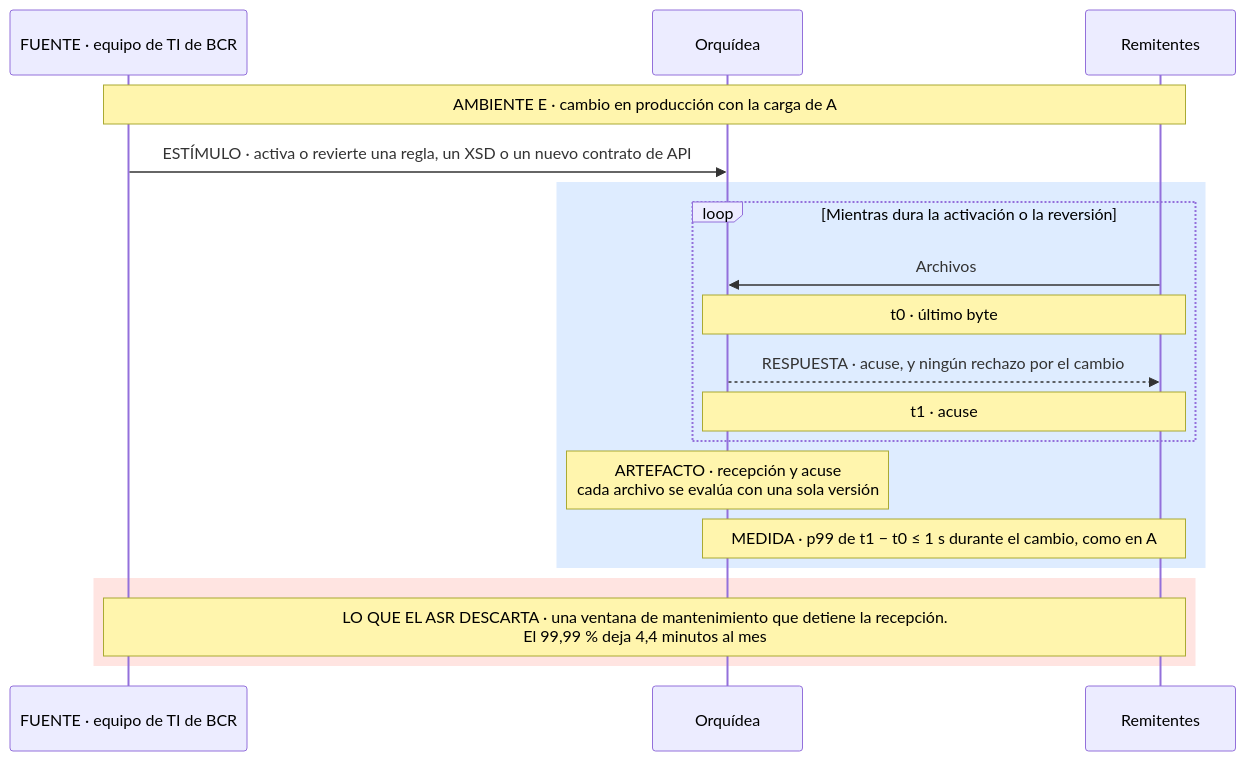
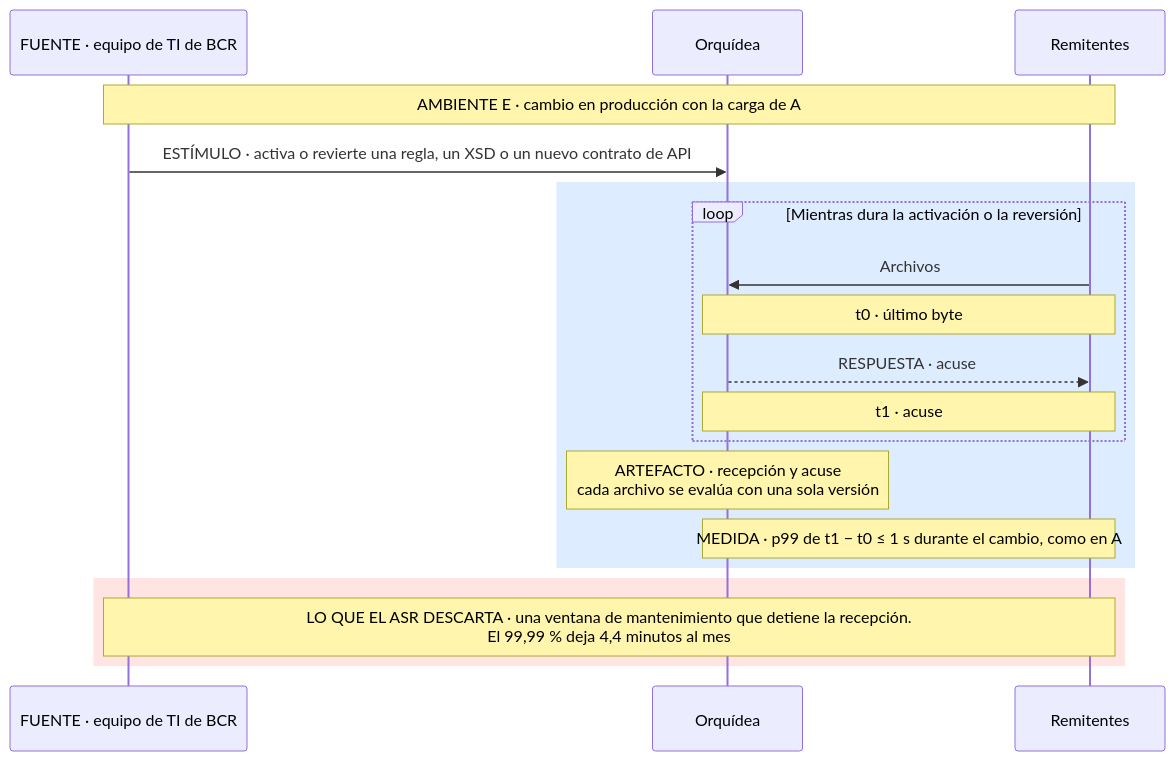
One commit to MATI-MBIT/arqsoft-reto-4 changed diagram 11 of 17 in docs/quality-attributes.md. Above: the diagram before and after it, drawn with Mermaid. The commit also changed other lines of this file and 2 other files, not shown here.

````diff
--- a/docs/quality-attributes.md
+++ b/docs/quality-attributes.md
@@ -538,21 +538,21 @@
 ```mermaid
 sequenceDiagram
     participant T as FUENTE · equipo de TI de BCR
     participant O as Orquídea
     participant R as Remitentes
     Note over T,R: AMBIENTE E · cambio en producción con la carga de A
     T->>O: ESTÍMULO · activa o revierte una regla, un XSD o un nuevo contrato de API
     rect rgb(222, 236, 255)
     loop Mientras dura la activación o la reversión
         R->>O: Archivos
         Note over O,R: t0 · último byte
-        O-->>R: RESPUESTA · acuse, y ningún rechazo por el cambio
+        O-->>R: RESPUESTA · acuse
         Note over O,R: t1 · acuse
     end
     Note over O: ARTEFACTO · recepción y acuse<br/>cada archivo se evalúa con una sola versión
     Note over O,R: MEDIDA · p99 de t1 − t0 ≤ 1 s durante el cambio, como en A
     end
     rect rgb(255, 228, 225)
     Note over T,R: LO QUE EL ASR DESCARTA · una ventana de mantenimiento que detiene la recepción.<br/>El 99,99 % deja 4,4 minutos al mes
     end
 ```
````
